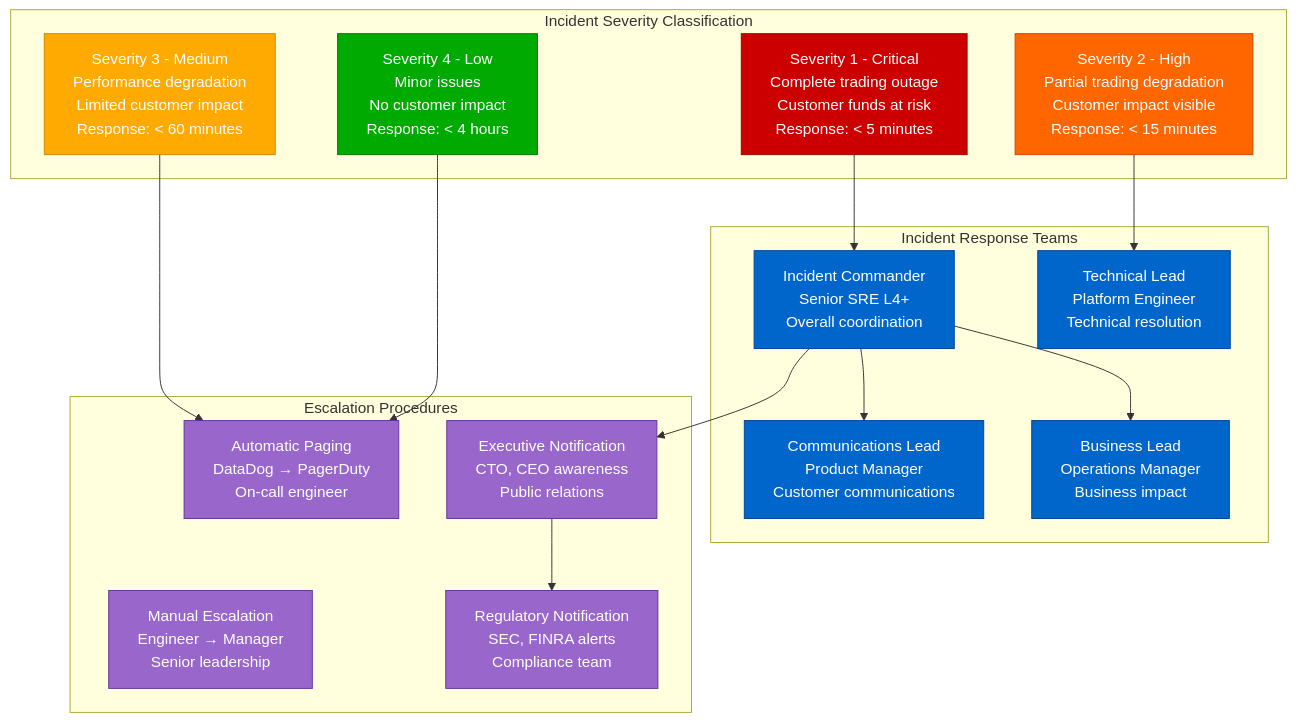
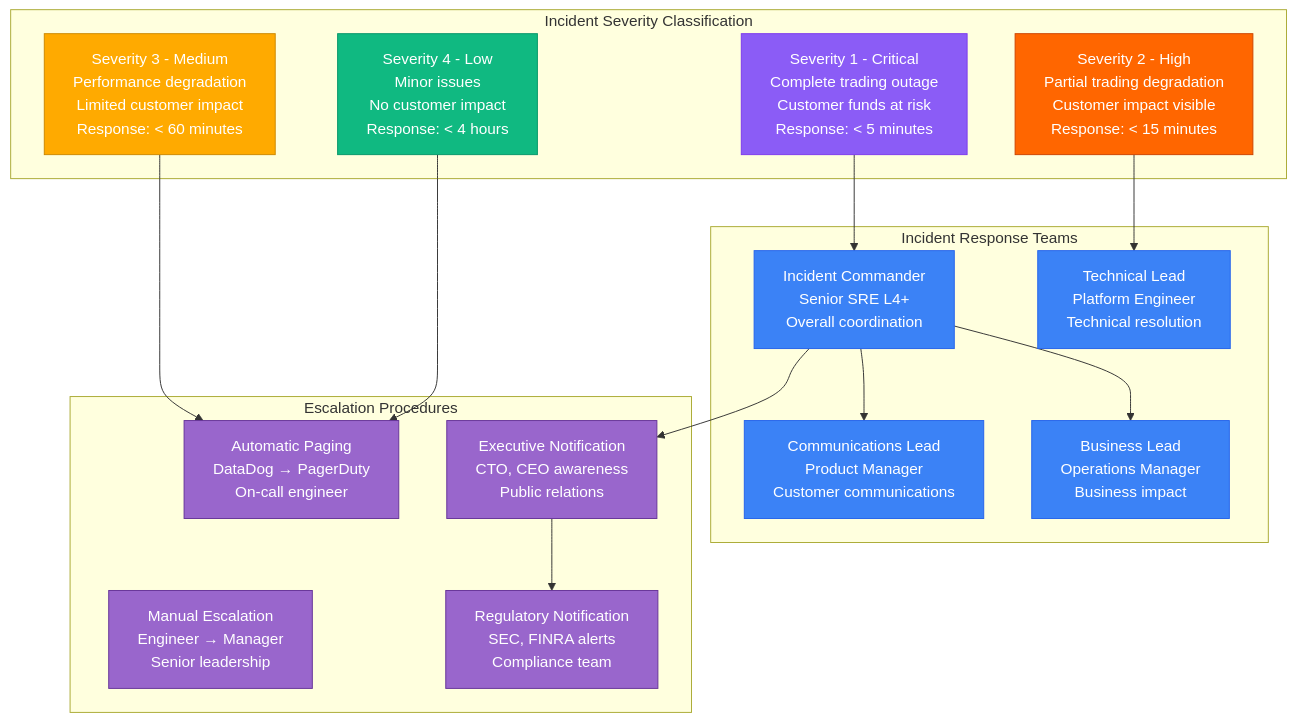
The third of 9 diagrams in site/docs/systems/robinhood/08-production-operations.md (deepaucksharma/DS), drawn with Mermaid before and after one commit. The commit also changed other lines of this file and 187 other files, not shown here.

````diff
--- a/site/docs/systems/robinhood/08-production-operations.md
+++ b/site/docs/systems/robinhood/08-production-operations.md
@@ -135,60 +135,60 @@
 ```mermaid
 graph TB
     subgraph SeverityLevels[Incident Severity Classification]
 
         SEV1[Severity 1 - Critical<br/>Complete trading outage<br/>Customer funds at risk<br/>Response: < 5 minutes]
 
         SEV2[Severity 2 - High<br/>Partial trading degradation<br/>Customer impact visible<br/>Response: < 15 minutes]
 
         SEV3[Severity 3 - Medium<br/>Performance degradation<br/>Limited customer impact<br/>Response: < 60 minutes]
 
         SEV4[Severity 4 - Low<br/>Minor issues<br/>No customer impact<br/>Response: < 4 hours]
     end
 
     subgraph ResponseTeams[Incident Response Teams]
 
         IC[Incident Commander<br/>Senior SRE L4+<br/>Overall coordination]
 
         TECH_LEAD[Technical Lead<br/>Platform Engineer<br/>Technical resolution]
 
         COMM_LEAD[Communications Lead<br/>Product Manager<br/>Customer communications]
 
         BIZ_LEAD[Business Lead<br/>Operations Manager<br/>Business impact]
     end
 
     subgraph EscalationPath[Escalation Procedures]
 
         AUTO_PAGE[Automatic Paging<br/>DataDog → PagerDuty<br/>On-call engineer]
 
         MANUAL_ESCALATE[Manual Escalation<br/>Engineer → Manager<br/>Senior leadership]
 
         EXEC_NOTIFY[Executive Notification<br/>CTO, CEO awareness<br/>Public relations]
 
         REGULATORY[Regulatory Notification<br/>SEC, FINRA alerts<br/>Compliance team]
     end
 
     SEV1 --> IC
     SEV2 --> TECH_LEAD
     SEV3 --> AUTO_PAGE
     SEV4 --> AUTO_PAGE
 
     IC --> COMM_LEAD
     IC --> BIZ_LEAD
     IC --> EXEC_NOTIFY
 
     EXEC_NOTIFY --> REGULATORY
 
-    classDef sevCritical fill:#CC0000,stroke:#990000,color:#fff
+    classDef sevCritical fill:#8B5CF6,stroke:#7C3AED,color:#fff
     classDef sevHigh fill:#FF6600,stroke:#CC4400,color:#fff
     classDef sevMedium fill:#FFAA00,stroke:#CC8800,color:#fff
-    classDef sevLow fill:#00AA00,stroke:#007700,color:#fff
-    classDef responseStyle fill:#0066CC,stroke:#004499,color:#fff
+    classDef sevLow fill:#10B981,stroke:#059669,color:#fff
+    classDef responseStyle fill:#3B82F6,stroke:#2563EB,color:#fff
     classDef escalationStyle fill:#9966CC,stroke:#663399,color:#fff
 
     class SEV1 sevCritical
     class SEV2 sevHigh
     class SEV3 sevMedium
     class SEV4 sevLow
     class IC,TECH_LEAD,COMM_LEAD,BIZ_LEAD responseStyle
     class AUTO_PAGE,MANUAL_ESCALATE,EXEC_NOTIFY,REGULATORY escalationStyle
 ```
````
